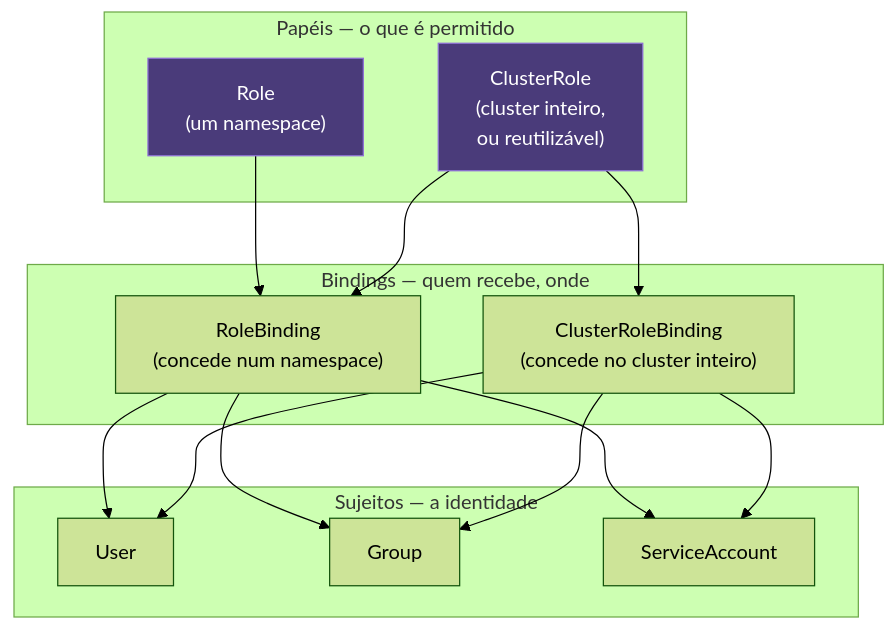
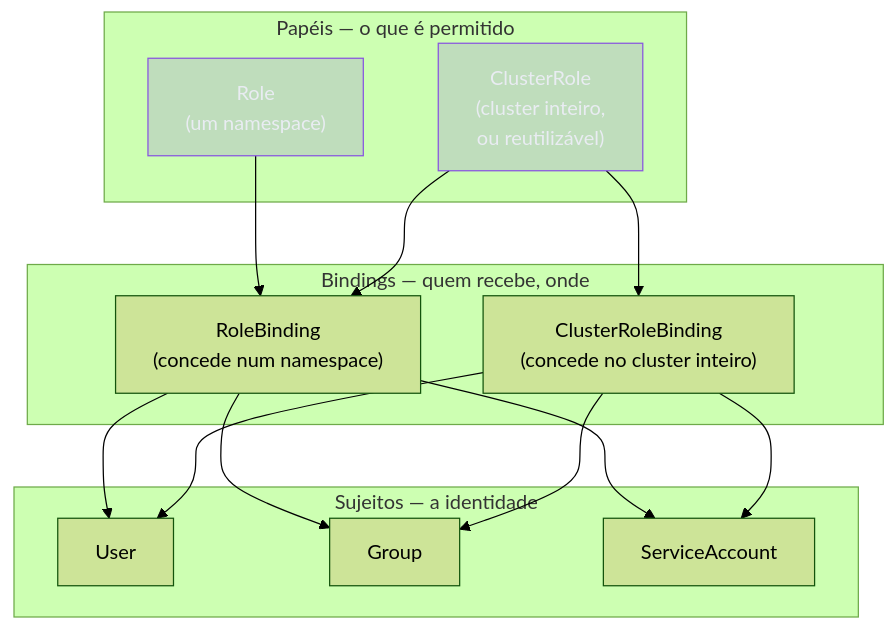
One commit to josenaldo/codex-technomanticus changed the second of 2 diagrams in 03-Dominios/Tecnologia/Infraestrutura/Kubernetes/13 - RBAC e ServiceAccount.md. Above: the diagram before and after it, drawn with Mermaid (forest theme). The commit also changed other lines of this file and 1181 other files, not shown here.

First line of the commit message:
fix(diagramas): paleta do sistema no lugar de cor cravada no markdown

````diff
--- a/03-Dominios/Tecnologia/Infraestrutura/Kubernetes/13 - RBAC e ServiceAccount.md
+++ b/03-Dominios/Tecnologia/Infraestrutura/Kubernetes/13 - RBAC e ServiceAccount.md
@@ -123,29 +125,30 @@
 ```mermaid
 graph TB
+    classDef marca fill:#8855DF33,stroke:#8855DF,color:#E9ECF2
     subgraph "Papéis — o que é permitido"
         R["Role<br/>(um namespace)"]
         CR["ClusterRole<br/>(cluster inteiro,<br/>ou reutilizável)"]
     end
     subgraph "Bindings — quem recebe, onde"
         RB["RoleBinding<br/>(concede num namespace)"]
         CRB["ClusterRoleBinding<br/>(concede no cluster inteiro)"]
     end
     subgraph "Sujeitos — a identidade"
         U["User"]
         G["Group"]
         SA["ServiceAccount"]
     end
 
     R --> RB
     CR --> RB
     CR --> CRB
     RB --> U
     RB --> G
     RB --> SA
     CRB --> U
     CRB --> G
     CRB --> SA
 
-    style R fill:#4a3b7a,stroke:#8e6fd6,color:#fff
-    style CR fill:#4a3b7a,stroke:#8e6fd6,color:#fff
+    class R marca
+    class CR marca
 ```
````
